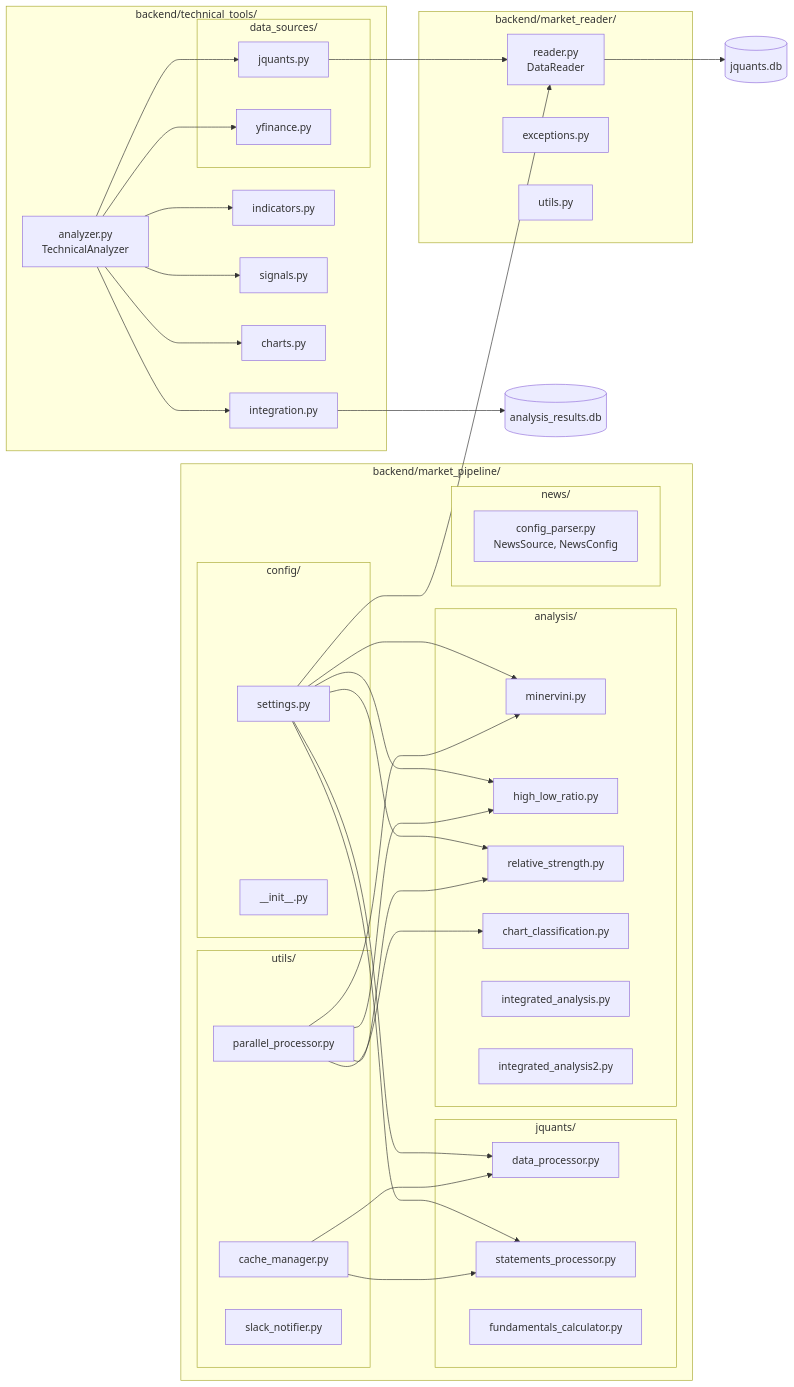
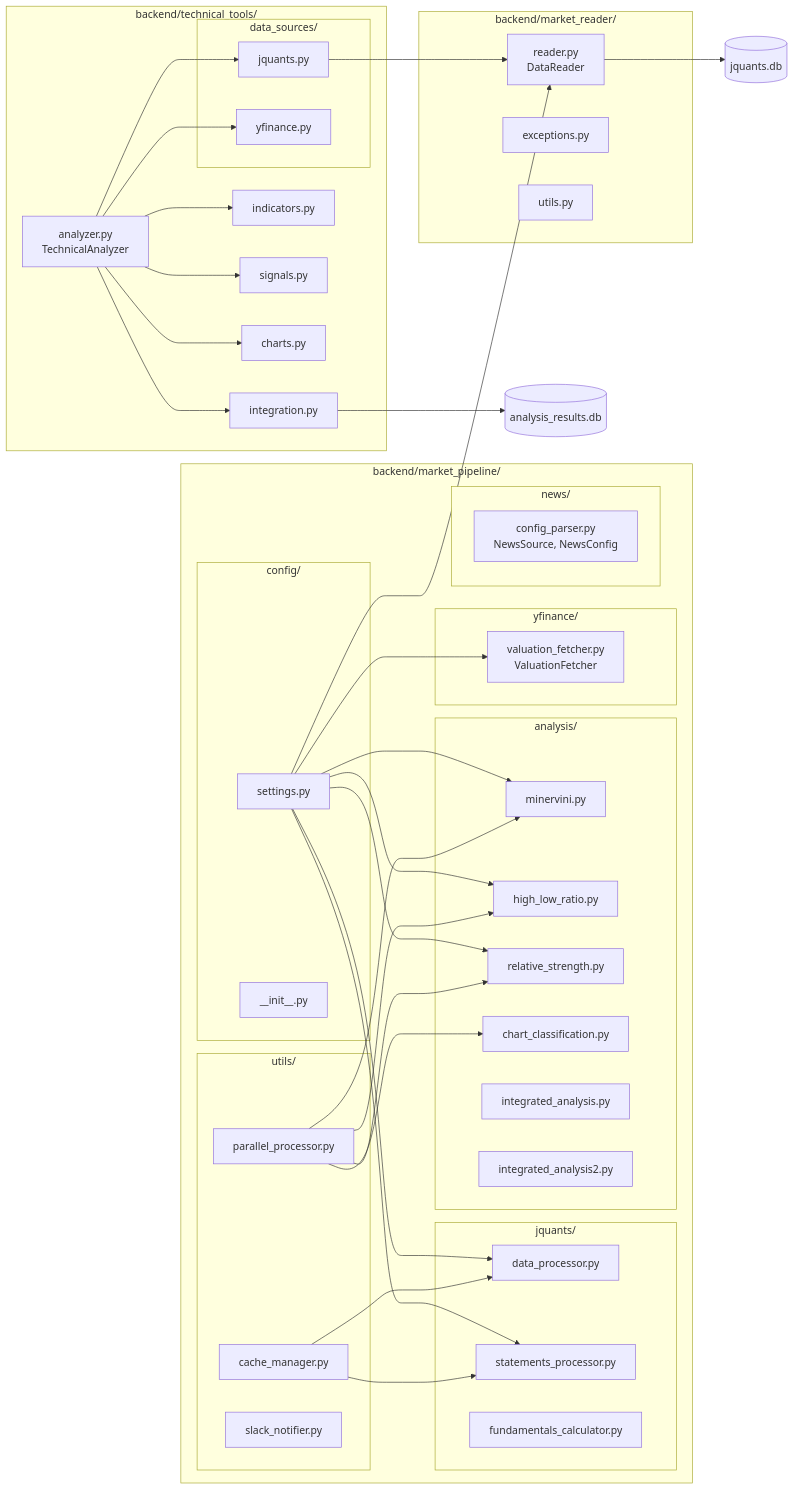
The second of 8 diagrams in docs/core/diagrams.md (aidotters/stock-analysis), drawn with Mermaid before and after one commit. The commit also changed other lines of this file and 14 other files, not shown here.

```diff
--- a/docs/core/diagrams.md
+++ b/docs/core/diagrams.md
@@ -81,6 +85,10 @@
             PP[parallel_processor.py]
             CM[cache_manager.py]
             SN[slack_notifier.py]
+        end
+
+        subgraph YFinance["yfinance/"]
+            VFM[valuation_fetcher.py<br/>ValuationFetcher]
         end
 
         subgraph News["news/"]
@@ -112,6 +120,7 @@
     SET --> HL
     SET --> RS
     SET --> DR
+    SET --> VFM
 
     PP --> MN
     PP --> HL
```
